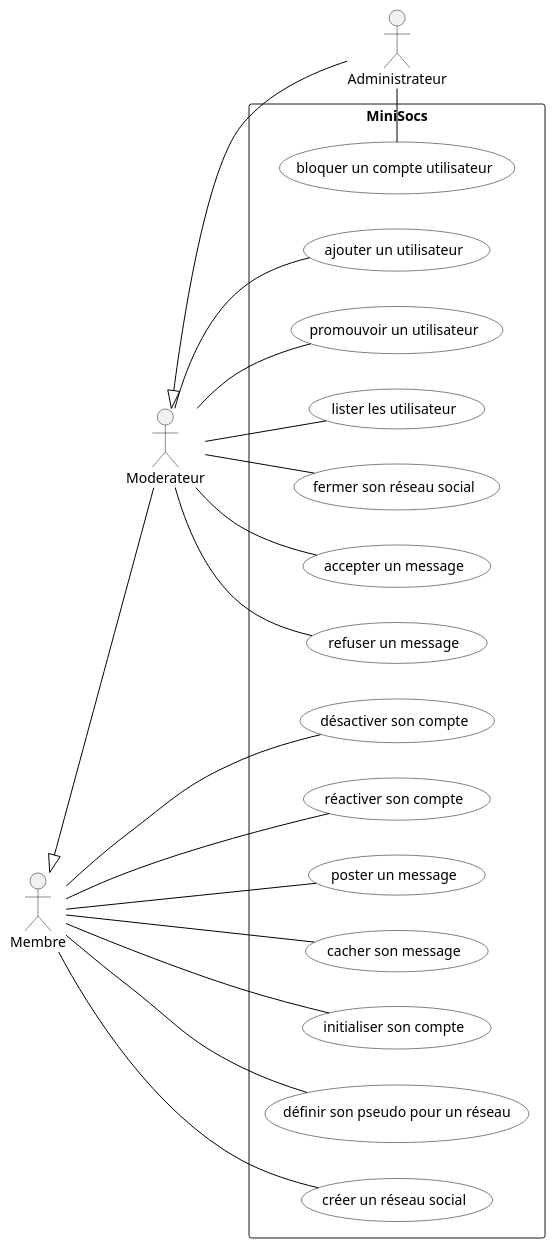
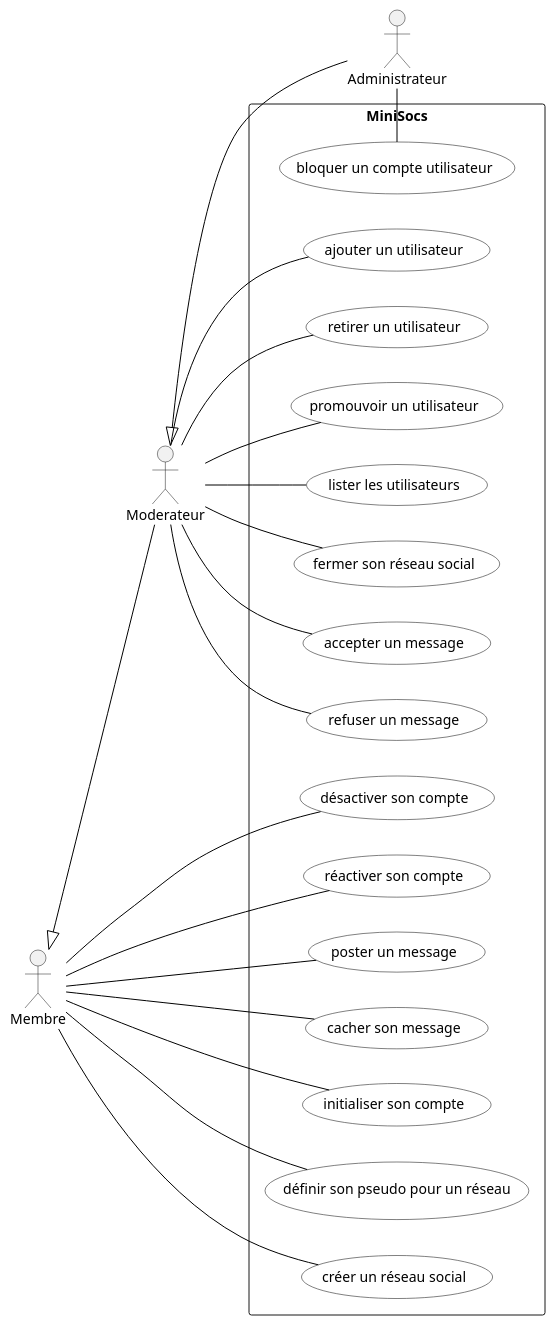
The diagram in Diagrammes/minisocs_uml_diag_cas_utilisation.pu (ThELud0/Minisocs), drawn with PlantUML before and after one commit. The commit also changed 1 other file, not shown here.

Commit message:
fix diagrammes

```diff
--- a/Diagrammes/minisocs_uml_diag_cas_utilisation.pu
+++ b/Diagrammes/minisocs_uml_diag_cas_utilisation.pu
@@ -1,40 +1,41 @@
 @startuml
 
 'Diagramme de cas d'utilisation (PlantUML)'
 
 'Configuration charte graphique'
 skinparam usecase {
 BackgroundColor White
 BorderColor Black
 ArrowColor Black
 ActorBackgroundColor<< Human >> Gold
 }
 
 left to right direction
 
 'Déclaration des acteurs :'
 actor Administrateur
 actor Moderateur
 actor Membre
 Moderateur <|-- Administrateur
 Membre <|-- Moderateur
 'Déclaration des cas d'utilisation dans le système'
 rectangle "MiniSocs" {
 
-:Administrateur: -- (bloquer un compte utilisateur)
-:Moderateur: -- (ajouter un utilisateur)
-:Moderateur: -- (promouvoir un utilisateur)
-:Moderateur: -- (lister les utilisateur)
-:Moderateur: -- (fermer son réseau social)
-:Moderateur: -- (accepter un message)
-:Moderateur: -- (refuser un message)
-:Membre:    -- (désactiver son compte)
-:Membre:    -- (réactiver son compte)
+:Administrateur: -- (bloquer un compte utilisateur) 
+:Moderateur: -- (ajouter un utilisateur) 
+:Moderateur: -- (retirer un utilisateur) 
+:Moderateur: -- (promouvoir un utilisateur) 
+:Moderateur: -- (lister les utilisateurs)
+:Moderateur: -- (fermer son réseau social) 
+:Moderateur: -- (accepter un message) 
+:Moderateur: -- (refuser un message) 
+:Membre:    -- (désactiver son compte) 
+:Membre:    -- (réactiver son compte) 
 :Membre:    -- (poster un message)
-:Membre:    -- (cacher son message)
-:Membre:    -- (initialiser son compte)
-:Membre:    -- (définir son pseudo pour un réseau)
-:Membre:    -- (créer un réseau social)
+:Membre:    -- (cacher son message) 
+:Membre:    -- (initialiser son compte) 
+:Membre:    -- (définir son pseudo pour un réseau) 
+:Membre:    -- (créer un réseau social) 
 }
 
 @enduml
```
